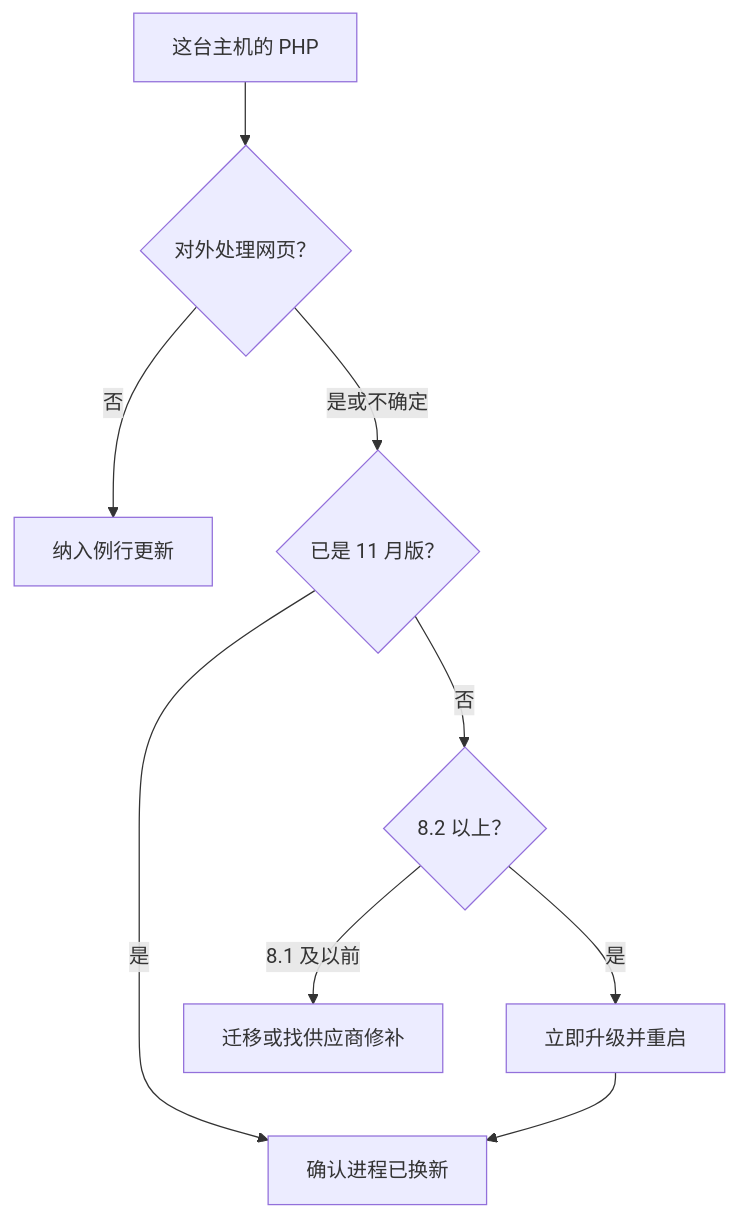
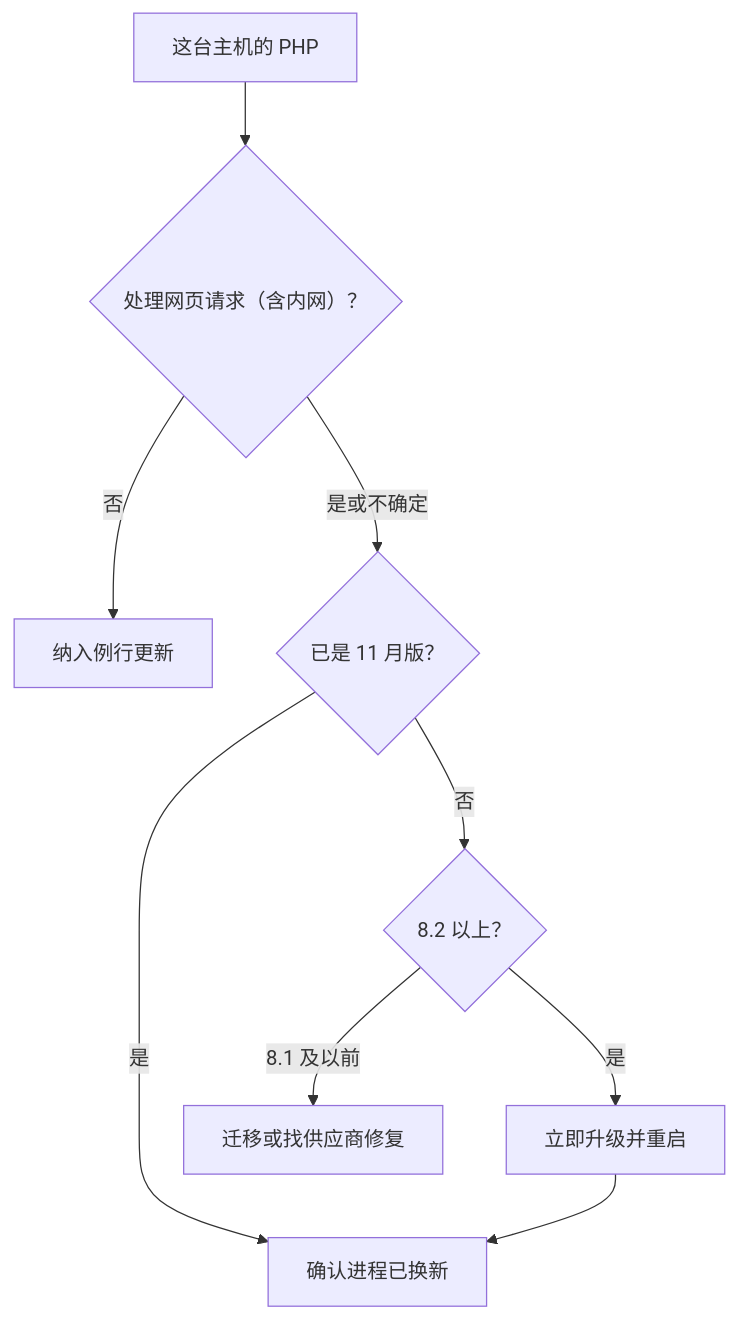
Before and after one commit to justmaocom/justmaocom.github.io: the diagram in _posts/zh-CN/2026-11-23-php2shell-cve-2026-109618.md, drawn with Mermaid. The commit also changed other lines of this file and 2 other files, not shown here.

Commit message:
docs(posts): php2shell 校稿修正

````diff
--- a/_posts/zh-CN/2026-11-23-php2shell-cve-2026-109618.md
+++ b/_posts/zh-CN/2026-11-23-php2shell-cve-2026-109618.md
@@ -23,11 +23,11 @@
 ```mermaid
 flowchart TD
-  A[这台主机的 PHP] --> B{"对外处理网页？"}
+  A[这台主机的 PHP] --> B{"处理网页请求（含内网）？"}
   B -->|否| C[纳入例行更新]
   B -->|"是或不确定"| D{"已是 11 月版？"}
   D -->|是| E[确认进程已换新]
   D -->|否| F{"8.2 以上？"}
   F -->|是| G[立即升级并重启]
-  F -->|"8.1 及以前"| H[迁移或找供应商修补]
+  F -->|"8.1 及以前"| H[迁移或找供应商修复]
   G --> E
 ```
````
